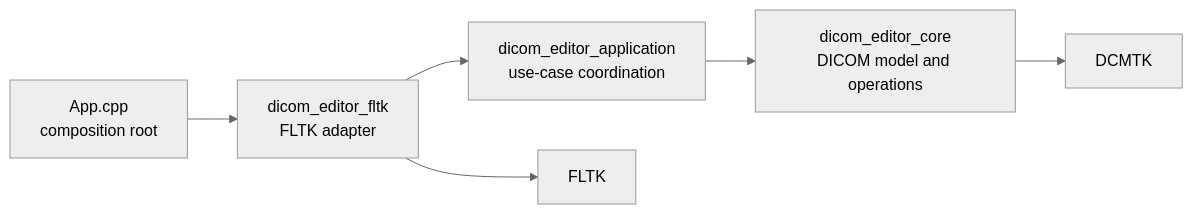
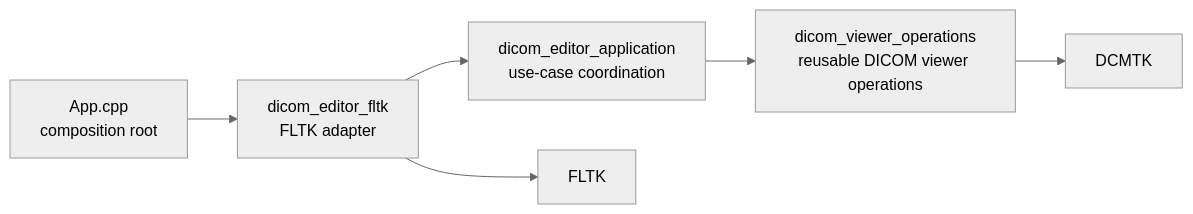
Before and after one commit to pemocarlo/dicom-dataset-editor: the first of 2 diagrams in ARCHITECTURE.md, drawn with Mermaid (neutral theme). The commit also changed other lines of this file and 7 other files, not shown here.

Commit message:
refactor dicom viewer operations as lib

````diff
--- a/ARCHITECTURE.md
+++ b/ARCHITECTURE.md
@@ -6,8 +6,8 @@
 ```mermaid
 flowchart LR
     App[App.cpp<br/>composition root] --> Fltk[dicom_editor_fltk<br/>FLTK adapter]
     Fltk --> Application[dicom_editor_application<br/>use-case coordination]
-    Application --> Core[dicom_editor_core<br/>DICOM model and operations]
+    Application --> Operations[dicom_viewer_operations<br/>reusable DICOM viewer operations]
     Fltk --> FLTK[FLTK]
-    Core --> DCMTK[DCMTK]
+    Operations --> DCMTK[DCMTK]
 ```
````
